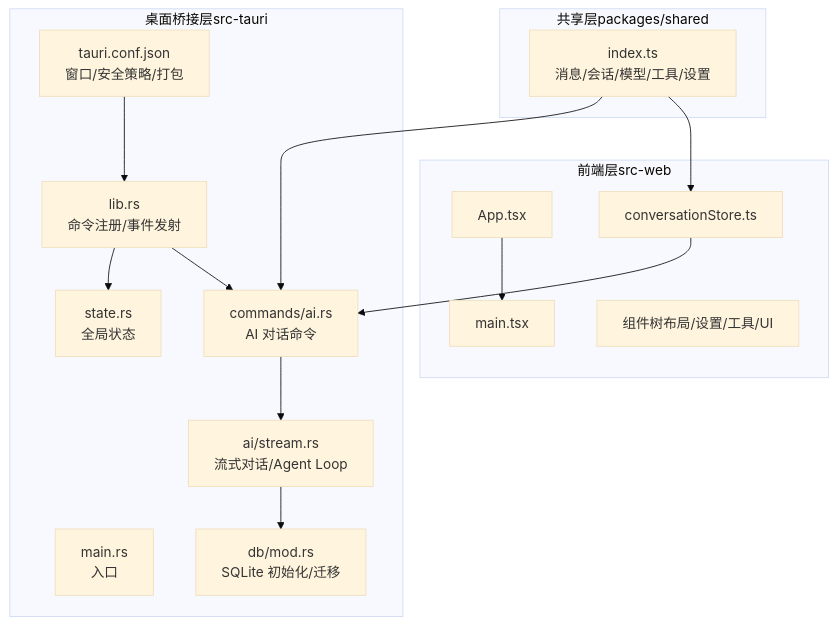
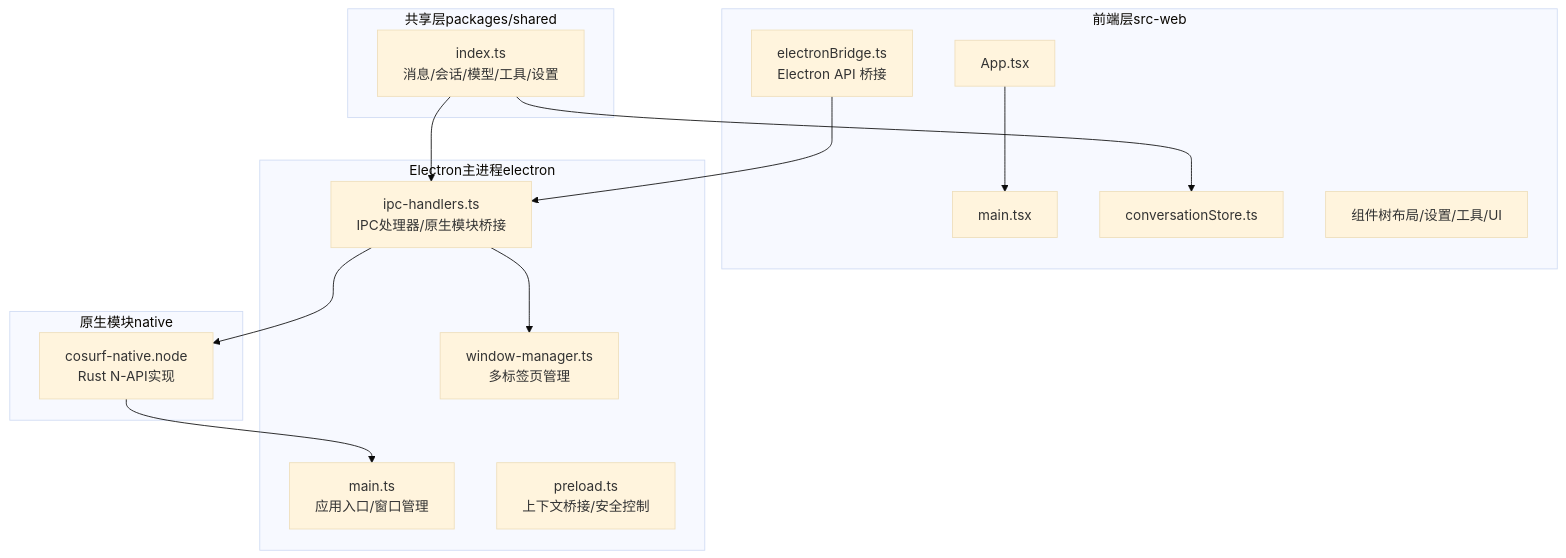
The first of 6 diagrams in .qoder/repowiki/zh/content/架构设计/架构设计.md (baike08/cosurf), drawn with Mermaid (base theme) before and after one commit. The commit also changed other lines of this file and 15 other files, not shown here.

````diff
--- a/.qoder/repowiki/zh/content/架构设计/架构设计.md
+++ b/.qoder/repowiki/zh/content/架构设计/架构设计.md
@@ -44,30 +54,29 @@
 ```mermaid
 graph TB
 subgraph "前端层src-web"
 FE_App["App.tsx"]
 FE_Main["main.tsx"]
 FE_ConvStore["conversationStore.ts"]
+FE_ElectronBridge["electronBridge.ts<br/>Electron API 桥接"]
 FE_Components["组件树布局/设置/工具/UI"]
 end
-subgraph "桌面桥接层src-tauri"
-TauriLib["lib.rs<br/>命令注册/事件发射"]
-TauriMain["main.rs<br/>入口"]
-TauriConf["tauri.conf.json<br/>窗口/安全策略/打包"]
-CmdAI["commands/ai.rs<br/>AI 对话命令"]
-AIStream["ai/stream.rs<br/>流式对话/Agent Loop"]
-DBMod["db/mod.rs<br/>SQLite 初始化/迁移"]
-State["state.rs<br/>全局状态"]
+subgraph "Electron主进程electron"
+Main["main.ts<br/>应用入口/窗口管理"]
+Preload["preload.ts<br/>上下文桥接/安全控制"]
+IPC["ipc-handlers.ts<br/>IPC处理器/原生模块桥接"]
+WM["window-manager.ts<br/>多标签页管理"]
+end
+subgraph "原生模块native"
+RustNAPI["cosurf-native.node<br/>Rust N-API实现"]
 end
 subgraph "共享层packages/shared"
 SharedIndex["index.ts<br/>消息/会话/模型/工具/设置"]
 end
 FE_App --> FE_Main
-FE_ConvStore --> CmdAI
-CmdAI --> AIStream
-AIStream --> DBMod
-TauriLib --> CmdAI
-TauriLib --> State
-TauriConf --> TauriLib
+FE_ElectronBridge --> IPC
+IPC --> WM
+IPC --> RustNAPI
+RustNAPI --> Main
 SharedIndex --> FE_ConvStore
-SharedIndex --> CmdAI
+SharedIndex --> IPC
 ```
````
